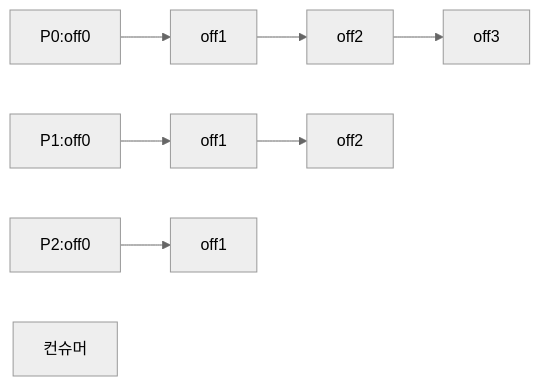
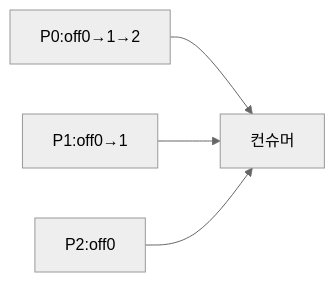
One commit to yjkim2015/yjkim2015.github.io changed the second of 12 diagrams in _posts/kafka/2026-05-02-kafka-deep.md. Above: the diagram before and after it, drawn with Mermaid (neutral theme). The commit also changed other lines of this file and 163 other files, not shown here.

First line of the commit message:
Mermaid 300개 블록 내용 축소: 5노드 5엣지 이하, 의미 있는 약어

````diff
--- a/_posts/kafka/2026-05-02-kafka-deep.md
+++ b/_posts/kafka/2026-05-02-kafka-deep.md
@@ -48,7 +48,6 @@
 ```mermaid
 graph LR
-    M0["P0:off0"] --> M1["off1"] --> M2["off2"] --> M3["off3"]
-    N0["P1:off0"] --> N1["off1"] --> N2["off2"]
-    O0["P2:off0"] --> O1["off1"]
-    Consumer["컨슈머"]
+    P0["P0:off0→1→2"] --> C["컨슈머"]
+    P1["P1:off0→1"] --> C
+    P2["P2:off0"] --> C
 ```
````
